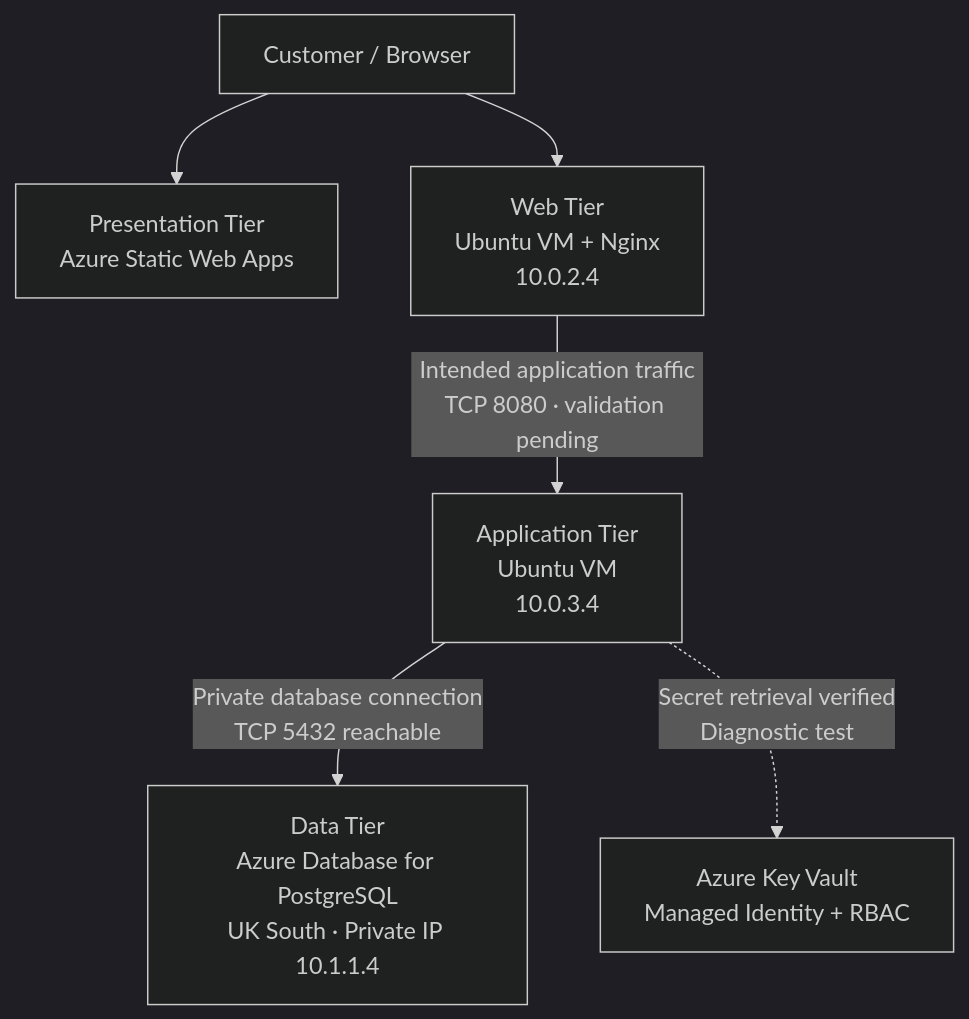
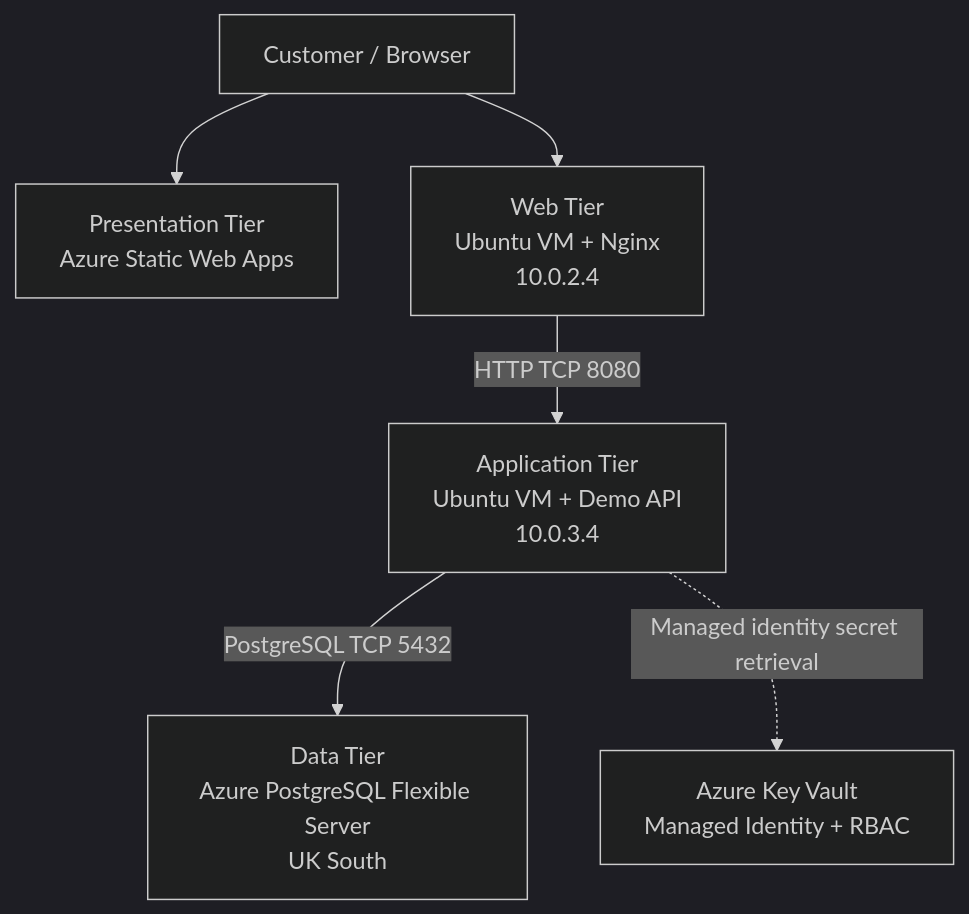
The diagram in README.md (varuganti-pavan-kumar/ha-retail-project), drawn with Mermaid (dark theme) before and after one commit. The commit also changed other lines of this file and 1 other file, not shown here.

Commit message:
Update project progress and validation evidence

````diff
--- a/README.md
+++ b/README.md
@@ -19,14 +26,15 @@
 ```mermaid
 flowchart TB
     Customer["Customer / Browser"]
     Storefront["Presentation Tier<br/>Azure Static Web Apps"]
     Web["Web Tier<br/>Ubuntu VM + Nginx<br/>10.0.2.4"]
-    App["Application Tier<br/>Ubuntu VM<br/>10.0.3.4"]
-    DB["Data Tier<br/>Azure Database for PostgreSQL<br/>UK South · Private IP 10.1.1.4"]
+    App["Application Tier<br/>Ubuntu VM + Demo API<br/>10.0.3.4"]
+    DB["Data Tier<br/>Azure PostgreSQL Flexible Server<br/>UK South"]
     KV["Azure Key Vault<br/>Managed Identity + RBAC"]
+
     Customer --> Storefront
     Customer --> Web
-    Web -->|"Intended application traffic<br/>TCP 8080 · validation pending"| App
-    App -->|"Private database connection<br/>TCP 5432 reachable"| DB
-    App -.->|"Secret retrieval verified<br/>Diagnostic test"| KV
+    Web -->|"HTTP TCP 8080"| App
+    App -->|"PostgreSQL TCP 5432"| DB
+    App -.->|"Managed identity secret retrieval"| KV
 ```
````
